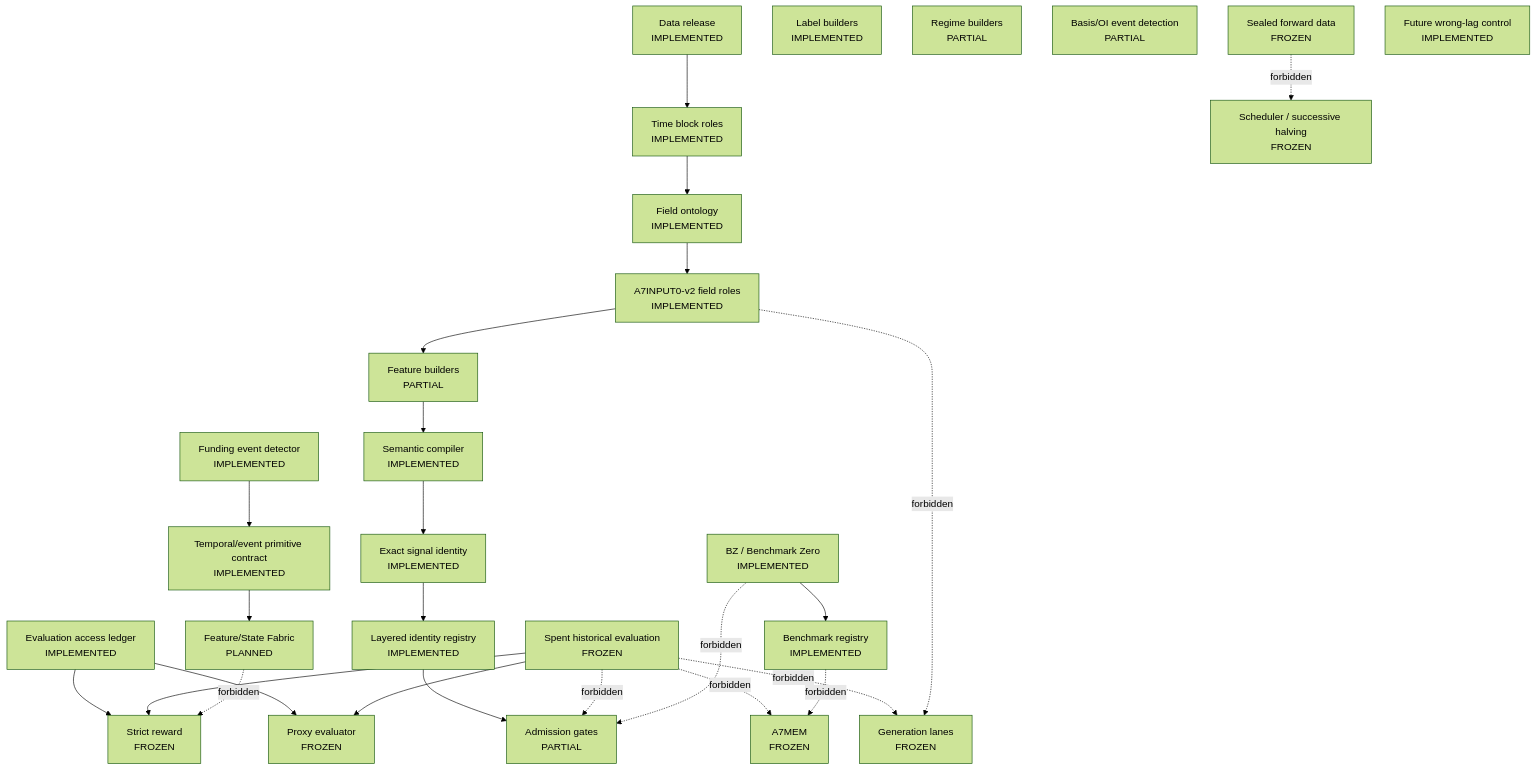
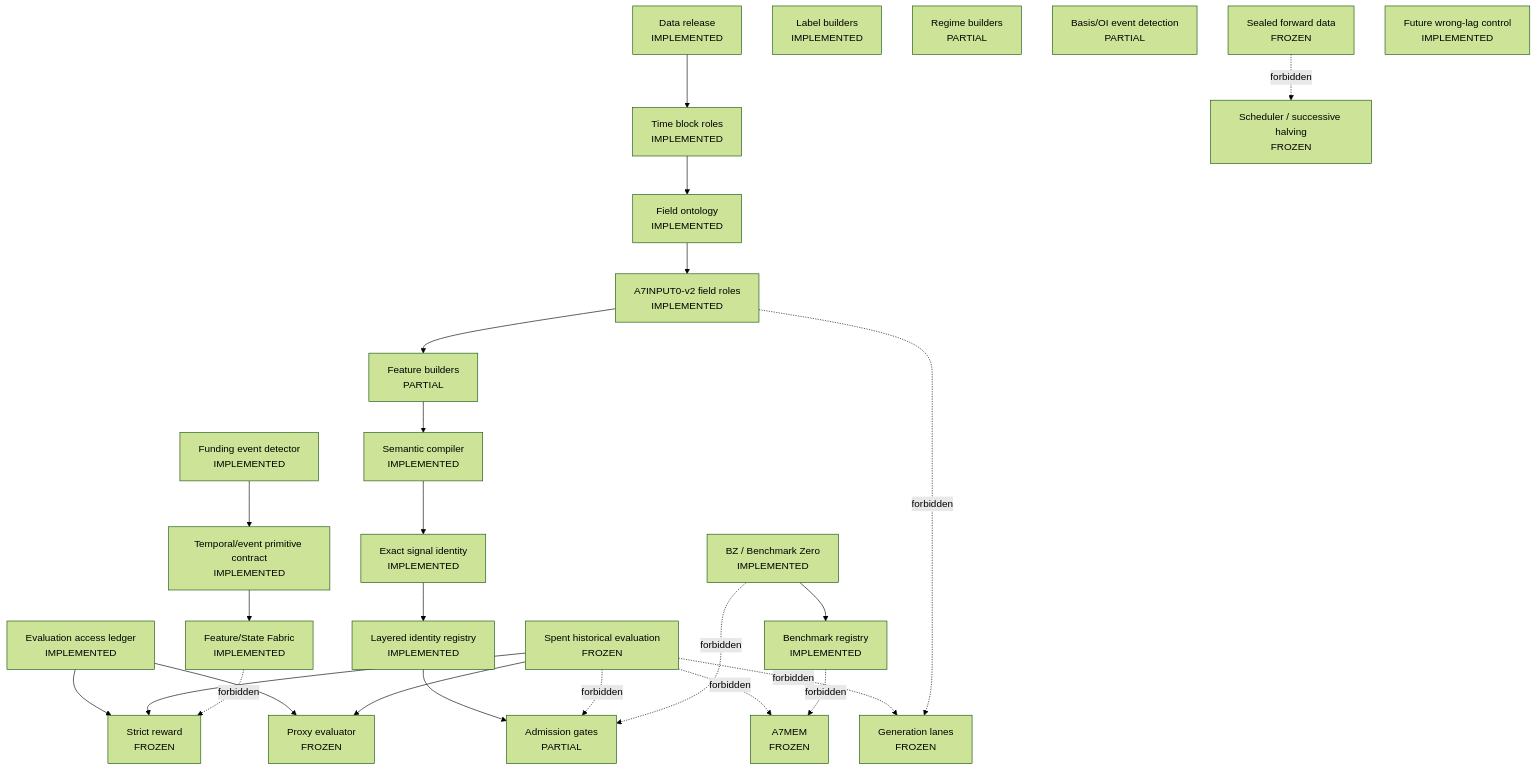
Before and after one commit to weisssschnee/alpha_pit_engine_crypto_20260519: the diagram in .planning/graphs/CURRENT_ARCHITECTURE.md, drawn with Mermaid (forest theme). The commit also changed other lines of this file and 18 other files, not shown here.

Commit message:
b0.8 define Feature State Fabric cache contract

````diff
--- a/.planning/graphs/CURRENT_ARCHITECTURE.md
+++ b/.planning/graphs/CURRENT_ARCHITECTURE.md
@@ -11,52 +11,52 @@
 ```mermaid
 flowchart TD
   control_data_release["Data release\nIMPLEMENTED"]
   control_time_block_roles["Time block roles\nIMPLEMENTED"]
   control_field_ontology["Field ontology\nIMPLEMENTED"]
   control_a7input0["A7INPUT0-v2 field roles\nIMPLEMENTED"]
   control_feature_builder["Feature builders\nPARTIAL"]
   control_label_builder["Label builders\nIMPLEMENTED"]
   control_regime_builder["Regime builders\nPARTIAL"]
   control_funding_event_detector["Funding event detector\nIMPLEMENTED"]
   control_basis_oi_event_detection["Basis/OI event detection\nPARTIAL"]
   control_semantic_compiler["Semantic compiler\nIMPLEMENTED"]
   control_exact_signal_identity["Exact signal identity\nIMPLEMENTED"]
   control_identity_registry["Layered identity registry\nIMPLEMENTED"]
   control_generation_lanes["Generation lanes\nFROZEN"]
   control_proxy["Proxy evaluator\nFROZEN"]
   control_strict_reward["Strict reward\nFROZEN"]
   control_admission["Admission gates\nPARTIAL"]
   control_a7mem["A7MEM\nFROZEN"]
   control_scheduler["Scheduler / successive halving\nFROZEN"]
   control_benchmark_registry["Benchmark registry\nIMPLEMENTED"]
   control_evaluation_access_ledger["Evaluation access ledger\nIMPLEMENTED"]
   control_spent_evaluation["Spent historical evaluation\nFROZEN"]
   control_sealed_forward["Sealed forward data\nFROZEN"]
   control_future_wrong_lag["Future wrong-lag control\nIMPLEMENTED"]
   control_bz["BZ / Benchmark Zero\nIMPLEMENTED"]
   control_temporal_event_contract["Temporal/event primitive contract\nIMPLEMENTED"]
-  control_feature_state_fabric["Feature/State Fabric\nPLANNED"]
+  control_feature_state_fabric["Feature/State Fabric\nIMPLEMENTED"]
   control_data_release --> control_time_block_roles
   control_time_block_roles --> control_field_ontology
   control_field_ontology --> control_a7input0
   control_a7input0 --> control_feature_builder
   control_feature_builder --> control_semantic_compiler
   control_semantic_compiler --> control_exact_signal_identity
   control_exact_signal_identity --> control_identity_registry
   control_identity_registry --> control_admission
   control_evaluation_access_ledger --> control_proxy
   control_evaluation_access_ledger --> control_strict_reward
   control_funding_event_detector --> control_temporal_event_contract
   control_temporal_event_contract --> control_feature_state_fabric
   control_bz --> control_benchmark_registry
   control_spent_evaluation --> control_proxy
   control_spent_evaluation --> control_strict_reward
   control_spent_evaluation -. forbidden .-> control_admission
   control_spent_evaluation -. forbidden .-> control_generation_lanes
   control_spent_evaluation -. forbidden .-> control_a7mem
   control_sealed_forward -. forbidden .-> control_scheduler
   control_benchmark_registry -. forbidden .-> control_a7mem
   control_feature_state_fabric -. forbidden .-> control_strict_reward
   control_a7input0 -. forbidden .-> control_generation_lanes
   control_bz -. forbidden .-> control_admission
 ```
````
